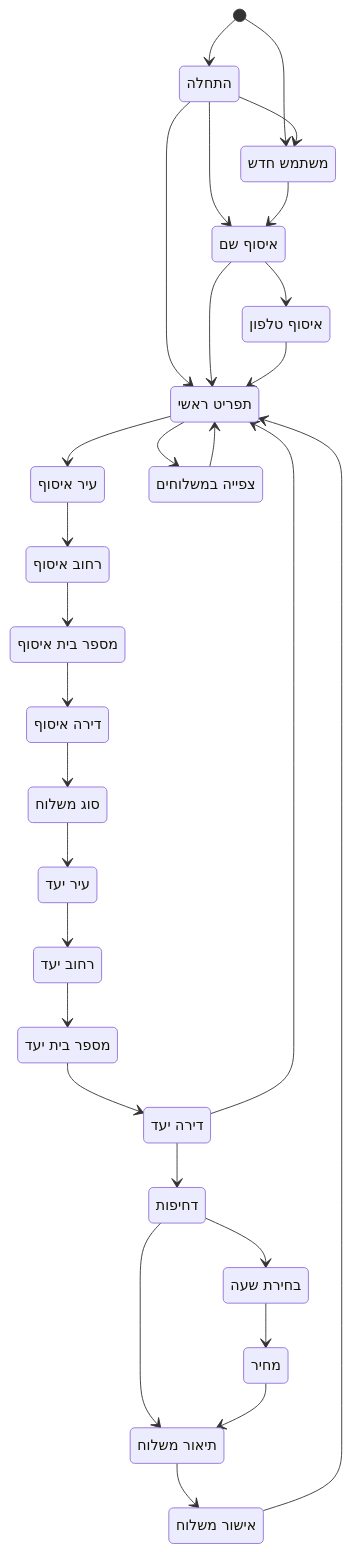
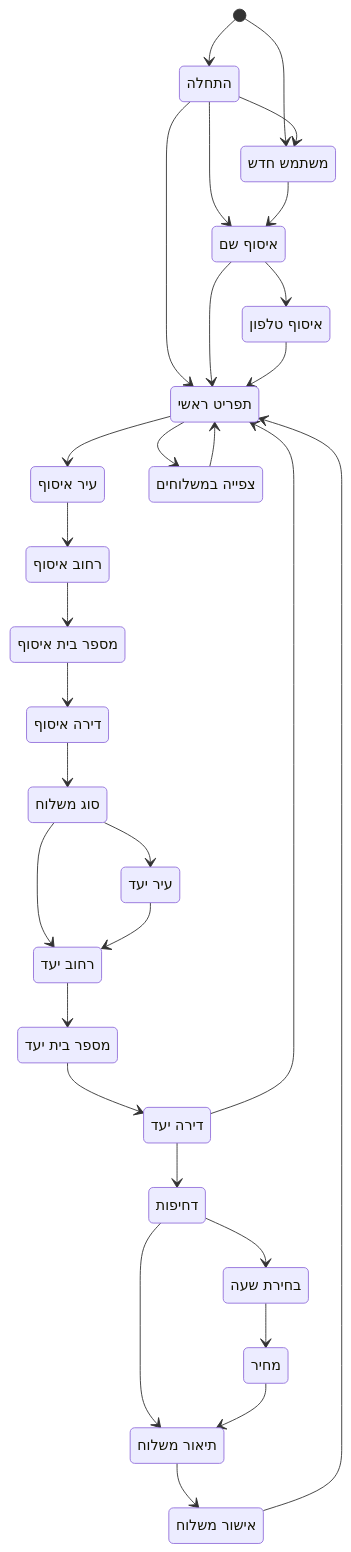
One commit to amirbiron/Shipment-bot changed the first of 6 diagrams in CLAUDE.md. Above: the diagram before and after it, drawn with Mermaid.

Commit message:
עדכון דיאגרמות state ב-CLAUDE.md לאחר הוספת מעבר DELIVERY_LOCATION → DROPOFF_STREET
https://claude.ai/code/session_01CW3HrLZNFgBexeobQxe5Sk

````diff
--- a/CLAUDE.md
+++ b/CLAUDE.md
@@ -19,53 +19,54 @@
 ```mermaid
 stateDiagram-v2
     INITIAL : התחלה
     SENDER_DELIVERY_CONFIRM : אישור משלוח
     SENDER_DELIVERY_DESCRIPTION : תיאור משלוח
     SENDER_DELIVERY_DROPOFF_APARTMENT : דירה יעד
     SENDER_DELIVERY_DROPOFF_CITY : עיר יעד
     SENDER_DELIVERY_DROPOFF_NUMBER : מספר בית יעד
     SENDER_DELIVERY_DROPOFF_STREET : רחוב יעד
     SENDER_DELIVERY_LOCATION : סוג משלוח
     SENDER_DELIVERY_PICKUP_APARTMENT : דירה איסוף
     SENDER_DELIVERY_PICKUP_CITY : עיר איסוף
     SENDER_DELIVERY_PICKUP_NUMBER : מספר בית איסוף
     SENDER_DELIVERY_PICKUP_STREET : רחוב איסוף
     SENDER_DELIVERY_PRICE : מחיר
     SENDER_DELIVERY_TIME : בחירת שעה
     SENDER_DELIVERY_URGENCY : דחיפות
     SENDER_MENU : תפריט ראשי
     SENDER_NEW : משתמש חדש
     SENDER_REGISTER_COLLECT_NAME : איסוף שם
     SENDER_REGISTER_COLLECT_PHONE : איסוף טלפון
     SENDER_VIEW_DELIVERIES : צפייה במשלוחים
 
     [*] --> INITIAL
     [*] --> SENDER_NEW
 
     INITIAL --> SENDER_NEW
     INITIAL --> SENDER_REGISTER_COLLECT_NAME
     INITIAL --> SENDER_MENU
     SENDER_NEW --> SENDER_REGISTER_COLLECT_NAME
     SENDER_REGISTER_COLLECT_NAME --> SENDER_REGISTER_COLLECT_PHONE
     SENDER_REGISTER_COLLECT_NAME --> SENDER_MENU
     SENDER_REGISTER_COLLECT_PHONE --> SENDER_MENU
     SENDER_MENU --> SENDER_DELIVERY_PICKUP_CITY
     SENDER_MENU --> SENDER_VIEW_DELIVERIES
     SENDER_DELIVERY_PICKUP_CITY --> SENDER_DELIVERY_PICKUP_STREET
     SENDER_DELIVERY_PICKUP_STREET --> SENDER_DELIVERY_PICKUP_NUMBER
     SENDER_DELIVERY_PICKUP_NUMBER --> SENDER_DELIVERY_PICKUP_APARTMENT
     SENDER_DELIVERY_PICKUP_APARTMENT --> SENDER_DELIVERY_LOCATION
     SENDER_DELIVERY_LOCATION --> SENDER_DELIVERY_DROPOFF_CITY
+    SENDER_DELIVERY_LOCATION --> SENDER_DELIVERY_DROPOFF_STREET
     SENDER_DELIVERY_DROPOFF_CITY --> SENDER_DELIVERY_DROPOFF_STREET
     SENDER_DELIVERY_DROPOFF_STREET --> SENDER_DELIVERY_DROPOFF_NUMBER
     SENDER_DELIVERY_DROPOFF_NUMBER --> SENDER_DELIVERY_DROPOFF_APARTMENT
     SENDER_DELIVERY_DROPOFF_APARTMENT --> SENDER_DELIVERY_URGENCY
     SENDER_DELIVERY_DROPOFF_APARTMENT --> SENDER_MENU
     SENDER_DELIVERY_URGENCY --> SENDER_DELIVERY_TIME
     SENDER_DELIVERY_URGENCY --> SENDER_DELIVERY_DESCRIPTION
     SENDER_DELIVERY_TIME --> SENDER_DELIVERY_PRICE
     SENDER_DELIVERY_PRICE --> SENDER_DELIVERY_DESCRIPTION
     SENDER_DELIVERY_DESCRIPTION --> SENDER_DELIVERY_CONFIRM
     SENDER_DELIVERY_CONFIRM --> SENDER_MENU
     SENDER_VIEW_DELIVERIES --> SENDER_MENU
 ```
````
